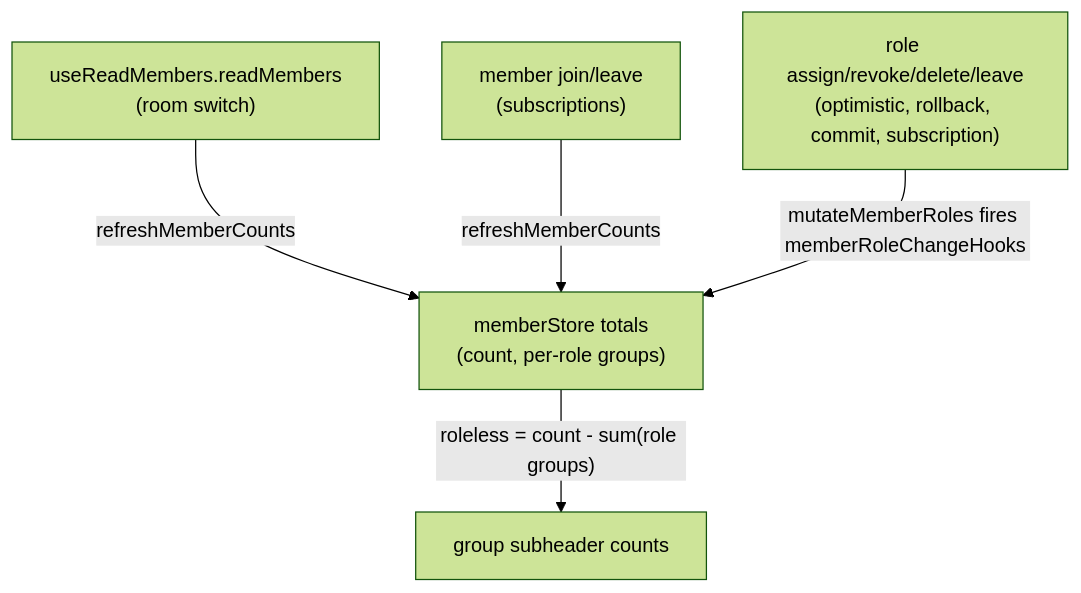
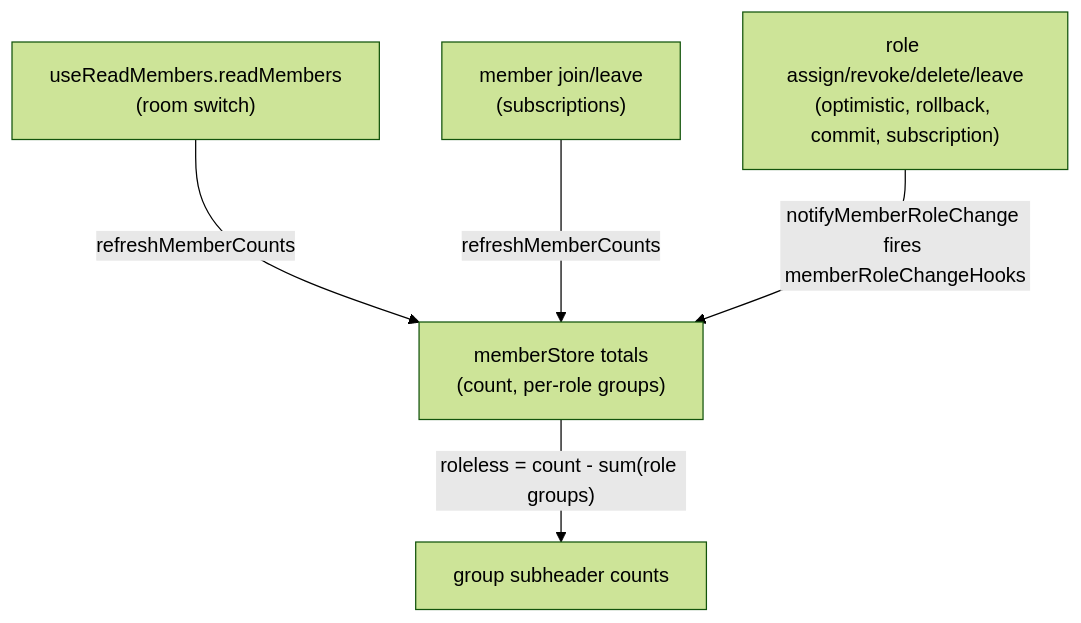
The first of 2 diagrams in openspec/specs/esbabbler/room-ui/design.md (Esposter/Esposter), drawn with Mermaid (forest theme) before and after one commit. The commit also changed other lines of this file and 4 other files, not shown here.

Commit message:
refactor(web): the role store's member-role notify is one name, notifyMemberRoleChange, with its callers and prose renamed in the same change

````diff
--- a/openspec/specs/esbabbler/room-ui/design.md
+++ b/openspec/specs/esbabbler/room-ui/design.md
@@ -13,7 +13,7 @@
 ```mermaid
 flowchart TD
   readMembers["useReadMembers.readMembers<br/>(room switch)"] -- "refreshMemberCounts" --> counts["memberStore totals<br/>(count, per-role groups)"]
   joinLeave["member join/leave<br/>(subscriptions)"] -- "refreshMemberCounts" --> counts
-  roleMutation["role assign/revoke/delete/leave<br/>(optimistic, rollback, commit, subscription)"] -- "mutateMemberRoles fires memberRoleChangeHooks" --> counts
+  roleMutation["role assign/revoke/delete/leave<br/>(optimistic, rollback, commit, subscription)"] -- "notifyMemberRoleChange fires memberRoleChangeHooks" --> counts
   counts -- "roleless = count - sum(role groups)" --> headers["group subheader counts"]
 ```
````
